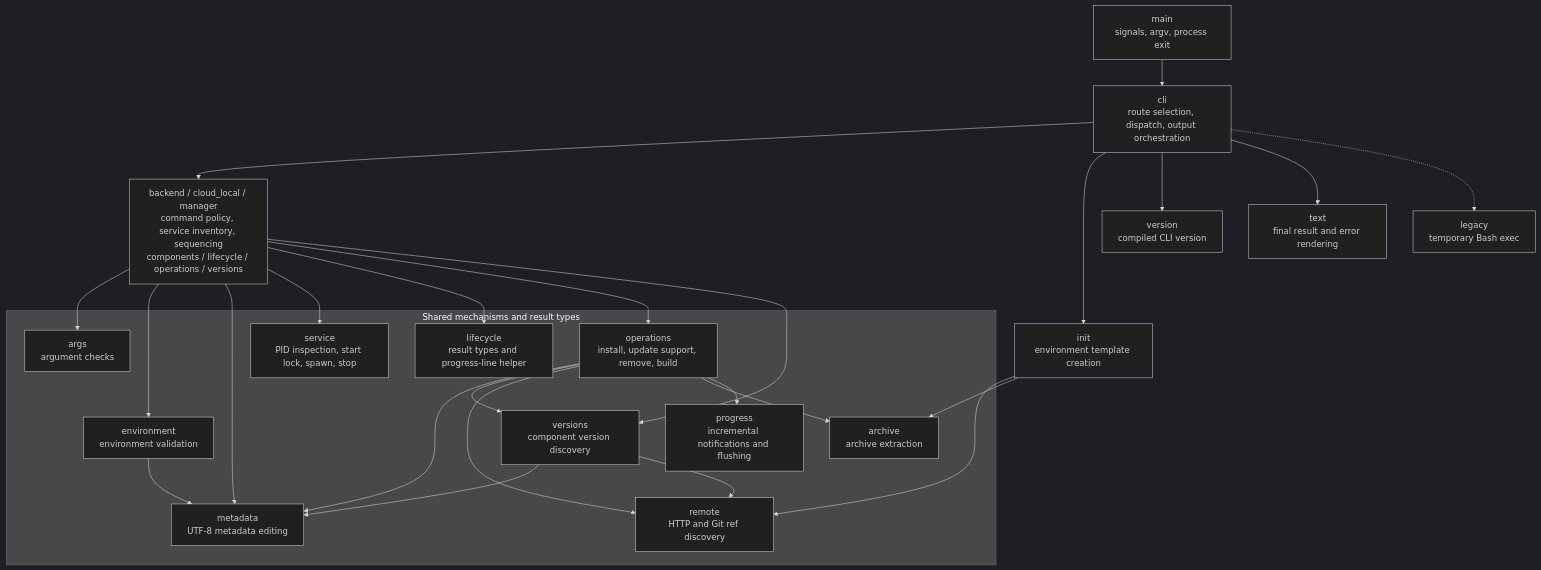
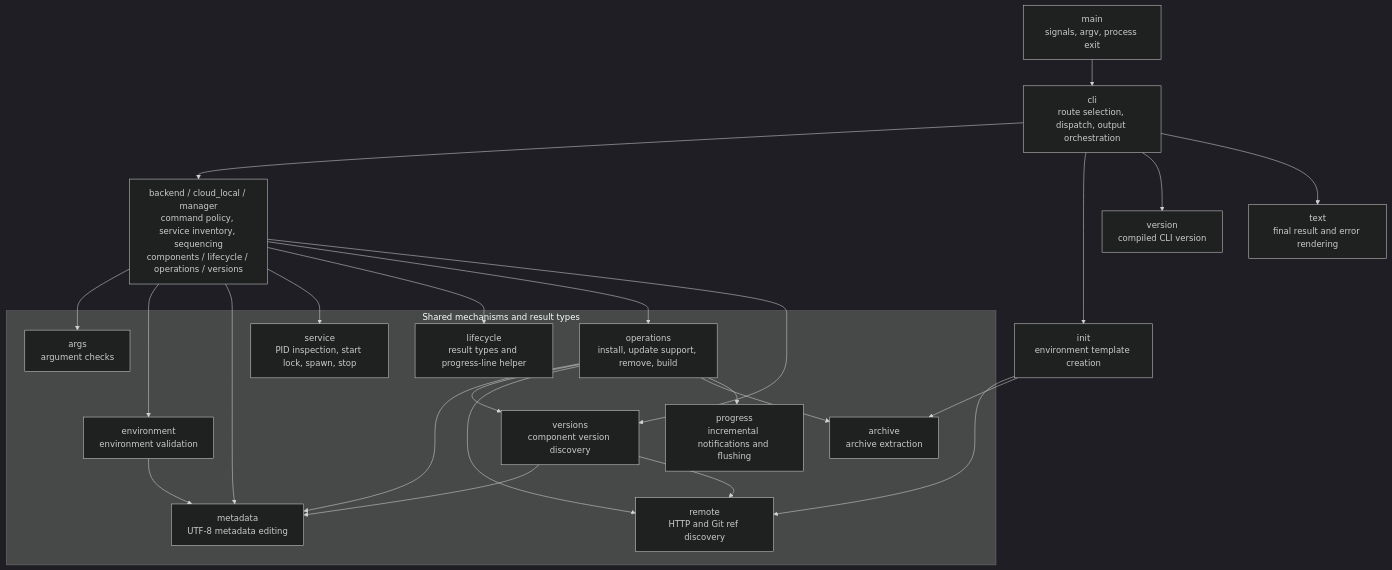
One commit to gyu-don/oqtopus-cli changed the second of 3 diagrams in design/runtime_architecture.md. Above: the diagram before and after it, drawn with Mermaid (dark theme). The commit also changed other lines of this file and 21 other files, not shown here.

````diff
--- a/design/runtime_architecture.md
+++ b/design/runtime_architecture.md
@@ -73,47 +69,45 @@
 ```mermaid
 flowchart TB
     main["main<br/>signals, argv, process exit"]
     cli["cli<br/>route selection, dispatch, output orchestration"]
-    legacy["legacy<br/>temporary Bash exec"]
     init["init<br/>environment template creation"]
     version["version<br/>compiled CLI version"]
     domains["backend / cloud_local / manager<br/>command policy, service inventory, sequencing<br/>components / lifecycle / operations / versions"]
 
     subgraph shared["Shared mechanisms and result types"]
         args["args<br/>argument checks"]
         environment["environment<br/>environment validation"]
         metadata["metadata<br/>UTF-8 metadata editing"]
         service["service<br/>PID inspection, start lock, spawn, stop"]
         lifecycle["lifecycle<br/>result types and progress-line helper"]
         operations["operations<br/>install, update support, remove, build"]
         versions["versions<br/>component version discovery"]
         remote["remote<br/>HTTP and Git ref discovery"]
         archive["archive<br/>archive extraction"]
         progress["progress<br/>incremental notifications and flushing"]
     end
     text["text<br/>final result and error rendering"]
 
     main --> cli
     cli --> domains
     cli --> init
     cli --> version
     cli --> text
-    cli -.-> legacy
     domains --> args
     domains --> environment
     domains --> metadata
     domains --> service
     domains --> lifecycle
     domains --> operations
     domains --> versions
     environment --> metadata
     operations --> metadata
     operations --> versions
     operations --> remote
     operations --> archive
     operations --> progress
     versions --> metadata
     versions --> remote
     init --> remote
     init --> archive
 ```
````
